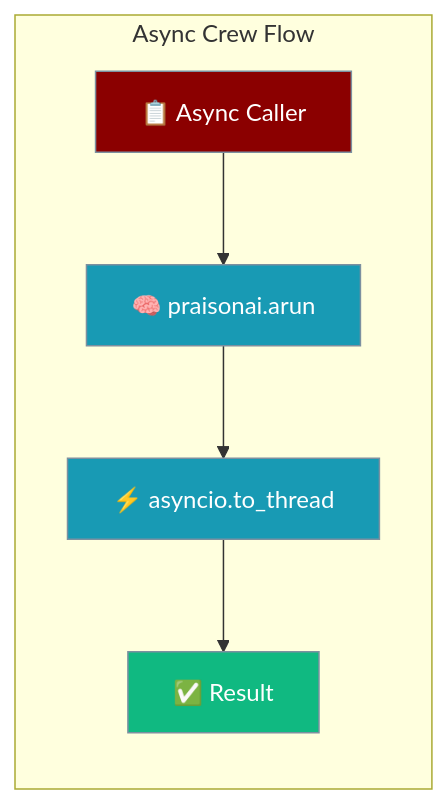
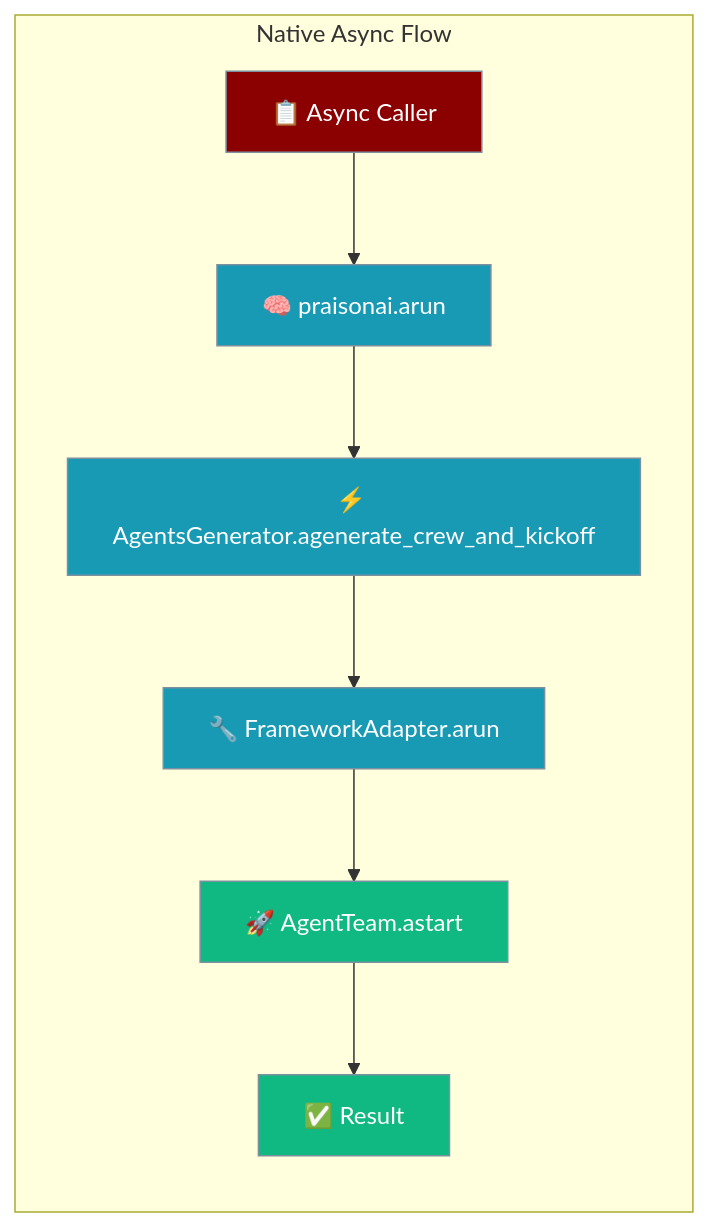
One commit to MervinPraison/PraisonAIDocs changed the first of 2 diagrams in docs/features/async-crew-kickoff.mdx. Above: the diagram before and after it, drawn with Mermaid. The commit also changed other lines of this file and 3 other files, not shown here.

First line of the commit message:
docs: update + add docs for wrapper-layer fixes (native async, brace-safe templates, per-agent LLM) from PraisonAI#1794 (#503)

````diff
--- a/docs/features/async-crew-kickoff.mdx
+++ b/docs/features/async-crew-kickoff.mdx
@@ -10,18 +10,22 @@
 ```mermaid
 graph LR
-    subgraph "Async Crew Flow"
+    subgraph "Native Async Flow"
         A[📋 Async Caller] --> B[🧠 praisonai.arun]
-        B --> C[⚡ asyncio.to_thread]
-        C --> D[✅ Result]
+        B --> C[⚡ AgentsGenerator.agenerate_crew_and_kickoff]
+        C --> D[🔧 FrameworkAdapter.arun]
+        D --> E[🚀 AgentTeam.astart]
+        E --> F[✅ Result]
     end
     
     classDef input fill:#8B0000,stroke:#7C90A0,color:#fff
     classDef process fill:#189AB4,stroke:#7C90A0,color:#fff
     classDef adapter fill:#189AB4,stroke:#7C90A0,color:#fff
+    classDef native fill:#10B981,stroke:#7C90A0,color:#fff
     classDef output fill:#10B981,stroke:#7C90A0,color:#fff
     
     class A input
-    class B process
-    class C adapter
-    class D output
+    class B,C process
+    class D adapter
+    class E native
+    class F output
 ```
````
